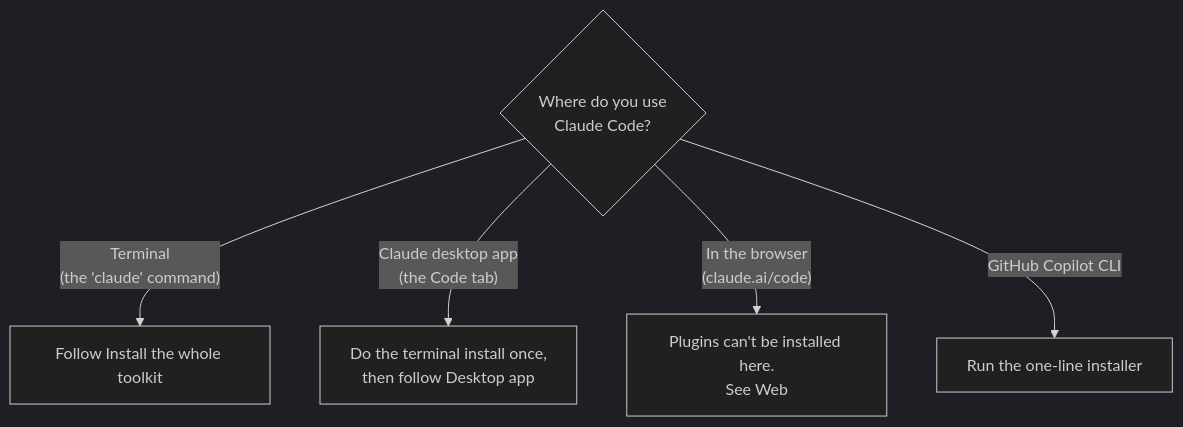
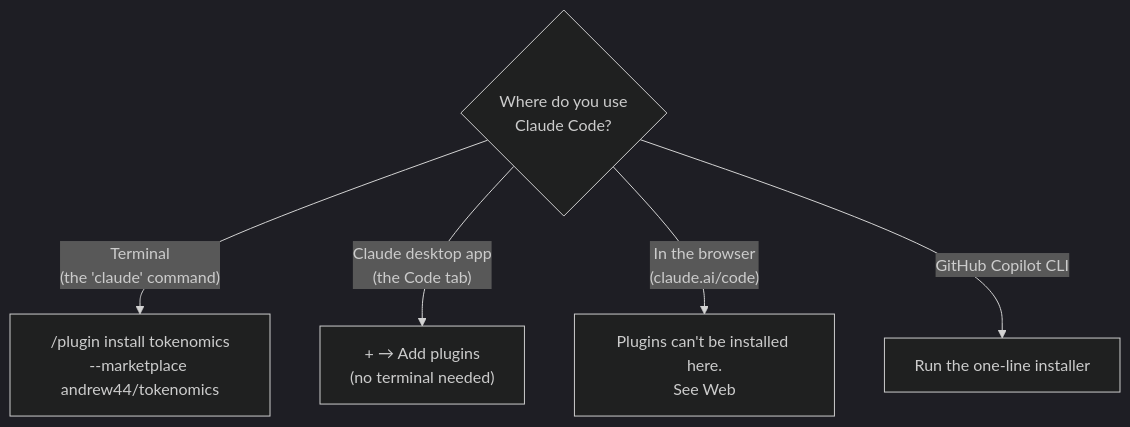
Before and after one commit to andrew44/tokenomics: the diagram in docs/installation.md, drawn with Mermaid (dark theme). The commit also changed other lines of this file and 6 other files, not shown here.

First line of the commit message:
Lead Claude Code users to the plugin install

````diff
--- a/docs/installation.md
+++ b/docs/installation.md
@@ -136,7 +182,7 @@
 ```mermaid
 flowchart TD
-    Start{"Where do you use<br/>Claude Code?"} -->|"Terminal<br/>(the 'claude' command)"| T["Follow Install the whole toolkit"]
-    Start -->|"Claude desktop app<br/>(the Code tab)"| D["Do the terminal install once,<br/>then follow Desktop app"]
+    Start{"Where do you use<br/>Claude Code?"} -->|"Terminal<br/>(the 'claude' command)"| T["/plugin install tokenomics<br/>--marketplace andrew44/tokenomics"]
+    Start -->|"Claude desktop app<br/>(the Code tab)"| D["+ → Add plugins<br/>(no terminal needed)"]
     Start -->|"In the browser<br/>(claude.ai/code)"| W["Plugins can't be installed here.<br/>See Web"]
     Start -->|"GitHub Copilot CLI"| G["Run the one-line installer"]
 ```
````
